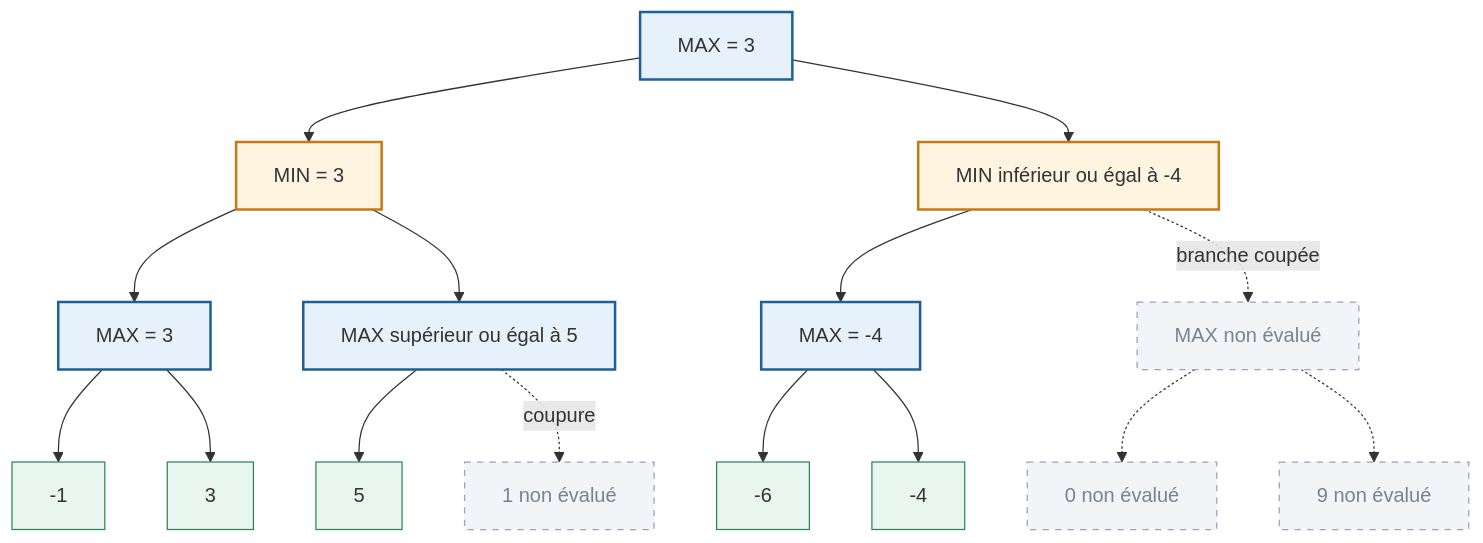
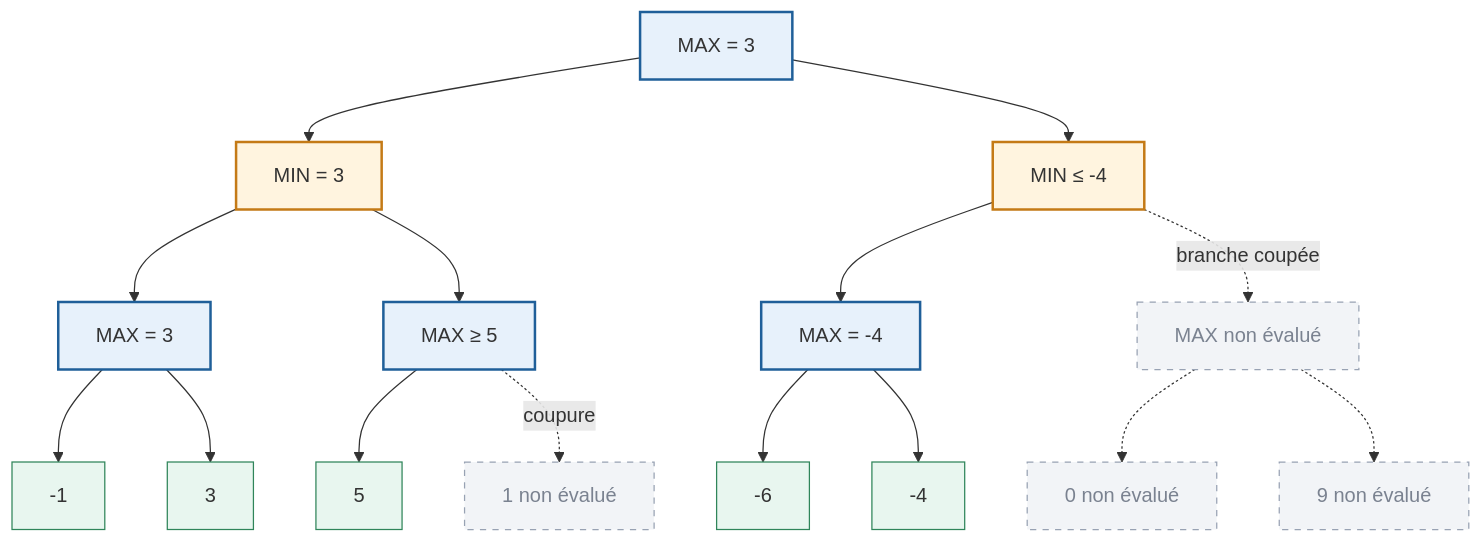
The sixth of 6 diagrams in content/S7/IN451-IA/cours.md (matheo-guillevic/REVISION), drawn with Mermaid before and after one commit. The commit also changed other lines of this file and 48 other files, not shown here.

````diff
--- a/content/S7/IN451-IA/cours.md
+++ b/content/S7/IN451-IA/cours.md
@@ -408,26 +534,26 @@
 ```mermaid
 graph TD
     Root[MAX = 3] --> A[MIN = 3]
-    Root --> B[MIN inférieur ou égal à -4]
+    Root --> B[MIN ≤ -4]
     A --> C1[MAX = 3]
-    A --> C2[MAX supérieur ou égal à 5]
+    A --> C2[MAX ≥ 5]
     B --> C3[MAX = -4]
     B -. branche coupée .-> C4[MAX non évalué]
     C1 --> D1[-1]
     C1 --> D2[3]
     C2 --> D3[5]
     C2 -. coupure .-> D4[1 non évalué]
     C3 --> D5[-6]
     C3 --> D6[-4]
     C4 -.-> D7[0 non évalué]
     C4 -.-> D8[9 non évalué]
 
     classDef max fill:#e7f1fb,stroke:#1f5f99,stroke-width:2px
     classDef min fill:#fff4df,stroke:#c47a16,stroke-width:2px
     classDef leaf fill:#e8f6ef,stroke:#2f855a
     classDef pruned fill:#f2f4f7,color:#7a8290,stroke:#98a2b3,stroke-dasharray:5 5
     class Root,C1,C2,C3 max
     class A,B min
     class D1,D2,D3,D5,D6 leaf
     class C4,D4,D7,D8 pruned
 ```
````
